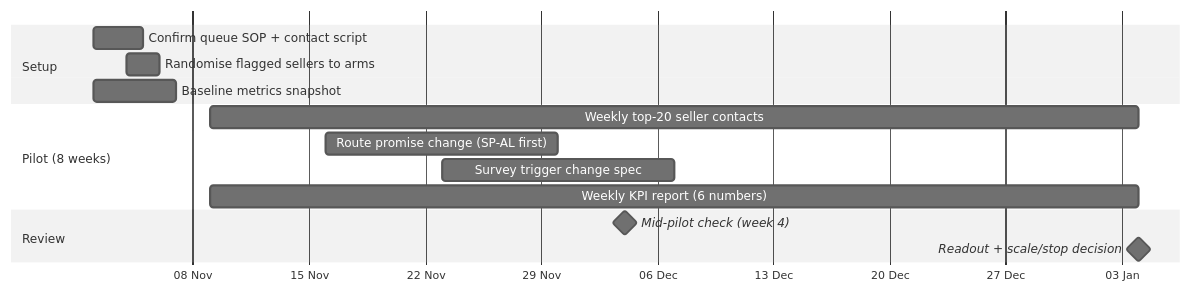
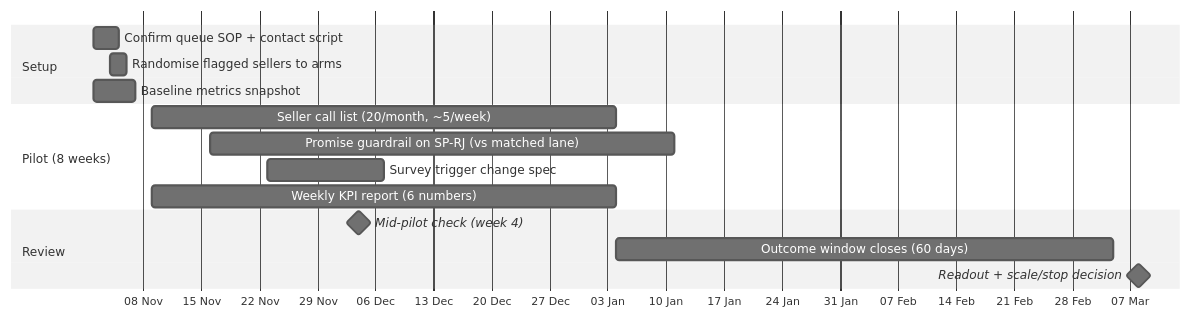
The diagram in pm/pilot-plan.md (chinmaykadli/olist-delivery-control-tower), drawn with Mermaid (neutral theme) before and after one commit. The commit also changed other lines of this file and 65 other files, not shown here.

First line of the commit message:
Review pass: peak-first story, lane analytics layer, honest early-warning backtest

````diff
--- a/pm/pilot-plan.md
+++ b/pm/pilot-plan.md
@@ -6,17 +6,18 @@
 ```mermaid
 gantt
     dateFormat  YYYY-MM-DD
     axisFormat  %d %b
     section Setup
     Confirm queue SOP + contact script      :a1, 2026-11-02, 3d
     Randomise flagged sellers to arms       :a2, 2026-11-04, 2d
     Baseline metrics snapshot               :a3, 2026-11-02, 5d
     section Pilot (8 weeks)
-    Weekly top-20 seller contacts           :b1, 2026-11-09, 56d
-    Route promise change (SP-AL first)      :b2, 2026-11-16, 14d
+    Seller call list (20/month, ~5/week)    :b1, 2026-11-09, 56d
+    Promise guardrail on SP-RJ (vs matched lane) :b2, 2026-11-16, 56d
     Survey trigger change spec              :b3, 2026-11-23, 14d
     Weekly KPI report (6 numbers)           :b4, 2026-11-09, 56d
     section Review
     Mid-pilot check (week 4)                :milestone, 2026-12-04, 0d
-    Readout + scale/stop decision           :milestone, 2027-01-04, 0d
+    Outcome window closes (60 days)         :c1, 2027-01-04, 60d
+    Readout + scale/stop decision           :milestone, 2027-03-08, 0d
 ```
````
